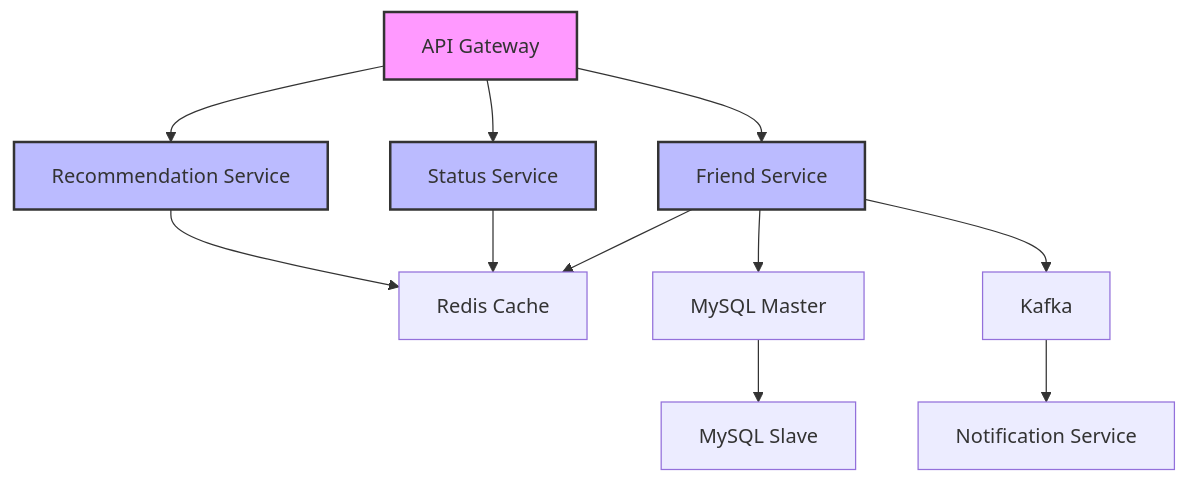
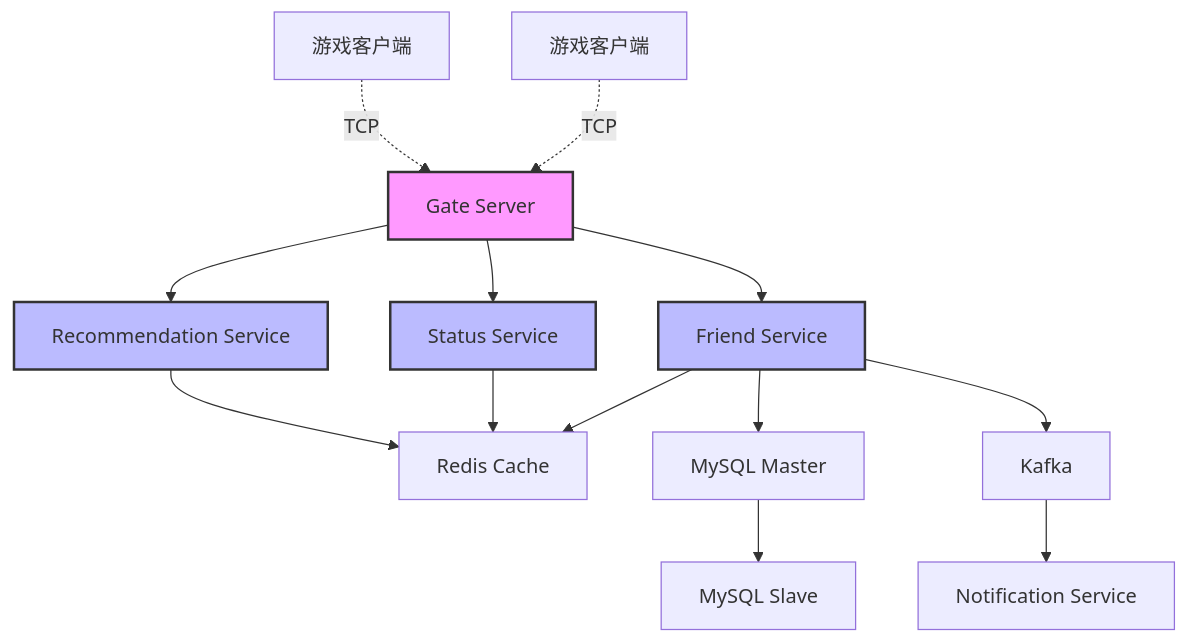
Before and after one commit to qing358/friend-module: the first of 7 diagrams in demand.md, drawn with Mermaid. The commit also changed other lines of this file, not shown here.

````diff
--- a/demand.md
+++ b/demand.md
@@ -8,17 +8,21 @@
 ```mermaid
 graph TD
-    A[API Gateway] --> B[Friend Service]
+    A[Gate Server] --> B[Friend Service]
     A --> C[Status Service]
     A --> D[Recommendation Service]
     B --> E[Redis Cache]
     B --> F[MySQL Master]
     F --> G[MySQL Slave]
     B --> H[Kafka]
     C --> E
     D --> E
     H --> I[Notification Service]
+    
+    Client1[游戏客户端] -.TCP.-> A
+    Client2[游戏客户端] -.TCP.-> A
+    
     style A fill:#f9f,stroke:#333,stroke-width:2px
     style B fill:#bbf,stroke:#333,stroke-width:2px
     style C fill:#bbf,stroke:#333,stroke-width:2px
     style D fill:#bbf,stroke:#333,stroke-width:2px
 ```
````
